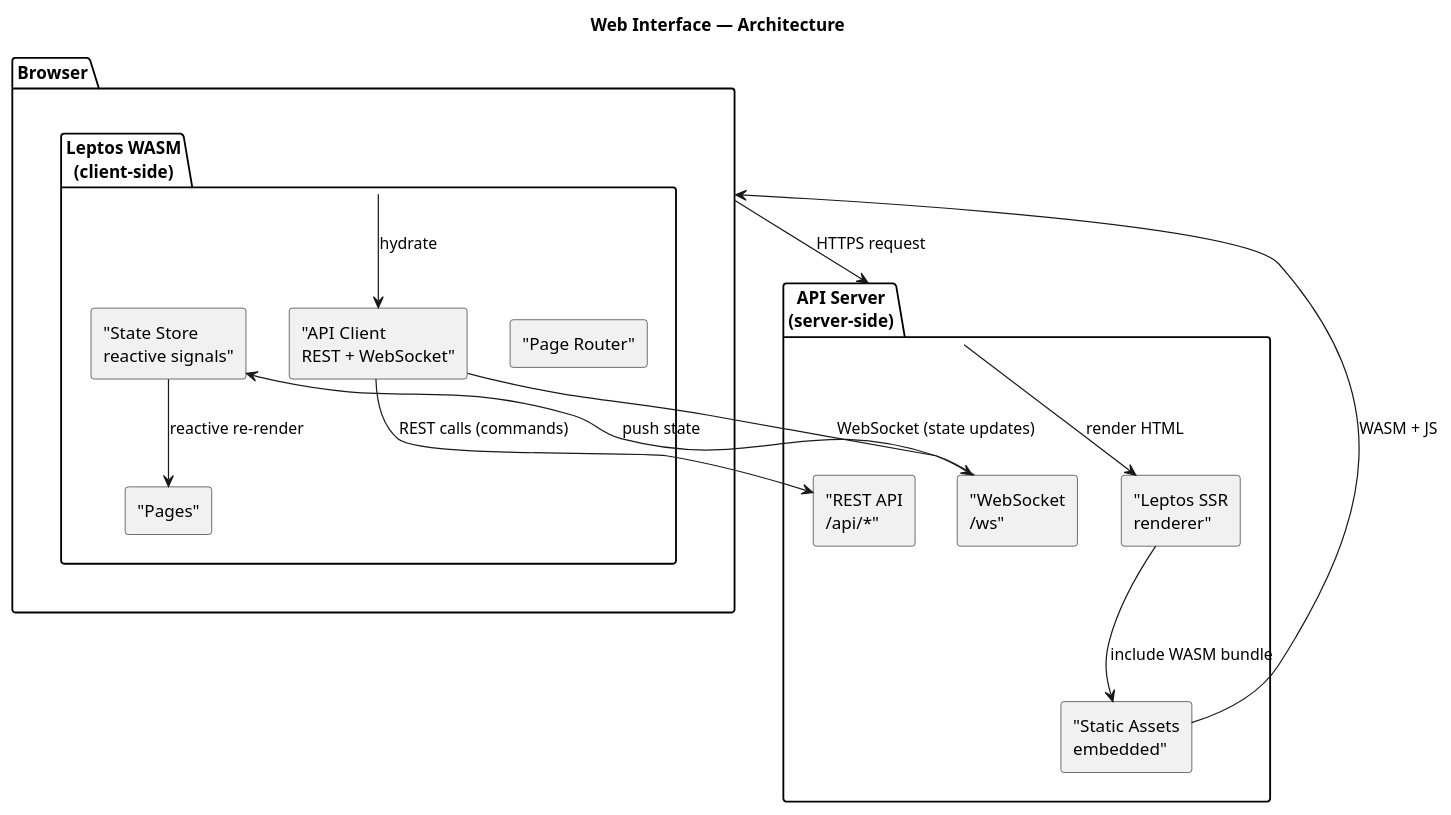
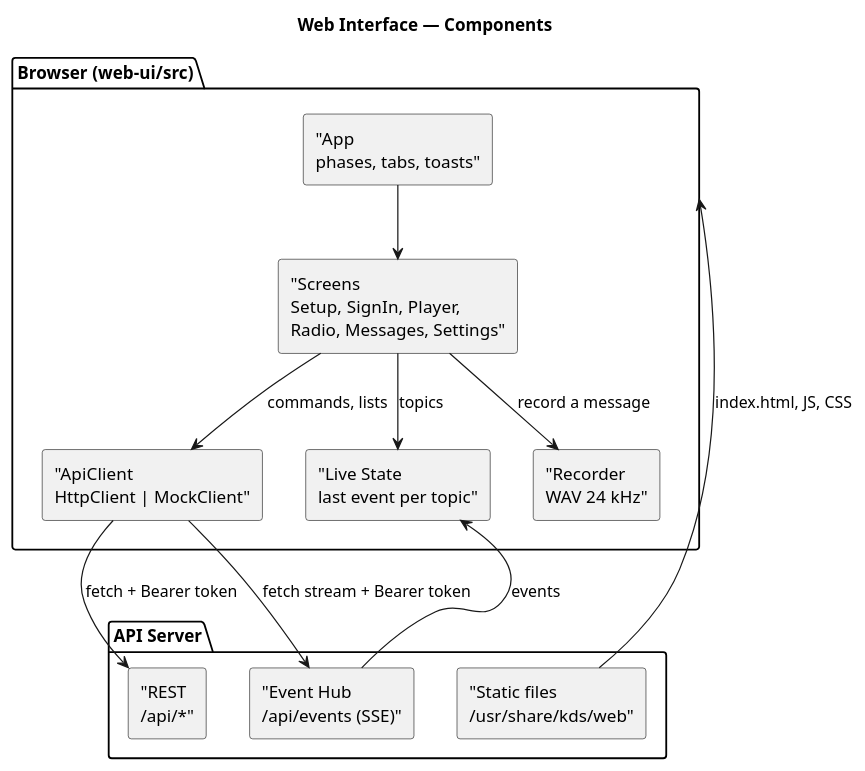
The diagram in docs/source/architecture/web-interface/solution-design.rst (LydByDissing/kids-desktop-speaker), drawn with PlantUML before and after one commit. The commit also changed other lines of this file and 35 other files, not shown here.

First line of the commit message:
feat: live updates over Server-Sent Events and the update reboot countdown (KDS-apx.7, KDS-u1v, DEC-046)

```diff
--- a/docs/source/architecture/web-interface/solution-design.rst
+++ b/docs/source/architecture/web-interface/solution-design.rst
@@ -35,37 +30,33 @@
 .. plantuml::
-   :caption: Web Interface — Architecture
+   :caption: Web Interface — Components
    :name: fig-webui-arch
 
    @startuml
    skinparam componentStyle rectangle
    skinparam backgroundColor white
 
-   title Web Interface — Architecture
+   title Web Interface — Components
 
-   package "Browser" as browser {
-       package "Leptos WASM\n(client-side)" as wasm {
-           component ["Page Router"] as router
-           component ["State Store\nreactive signals"] as store
-           component ["API Client\nREST + WebSocket"] as client
-           component ["Pages"] as pages
-       }
+   package "Browser (web-ui/src)" as browser {
+       component ["App\nphases, tabs, toasts"] as app
+       component ["Screens\nSetup, SignIn, Player,\nRadio, Messages, Settings"] as screens
+       component ["Live State\nlast event per topic"] as live
+       component ["ApiClient\nHttpClient | MockClient"] as client
+       component ["Recorder\nWAV 24 kHz"] as rec
    }
 
-   package "API Server\n(server-side)" as server {
-       component ["Leptos SSR\nrenderer"] as ssr
-       component ["Static Assets\nembedded"] as assets
-       component ["REST API\n/api/*"] as rest
-       component ["WebSocket\n/ws"] as ws
+   package "API Server" as server {
+       component ["REST\n/api/*"] as rest
+       component ["Event Hub\n/api/events (SSE)"] as hub
+       component ["Static files\n/usr/share/kds/web"] as files
    }
 
-   browser --> server : HTTPS request
-   server --> ssr : render HTML
-   ssr --> assets : include WASM bundle
-   assets --> browser : WASM + JS
-   wasm --> client : hydrate
-   client --> rest : REST calls (commands)
-   client --> ws : WebSocket (state updates)
-   ws --> store : push state
-   store --> pages : reactive re-render
-
-   @endl
+   files --> browser : index.html, JS, CSS
+   app --> screens
+   screens --> client : commands, lists
+   screens --> live : topics
+   client --> rest : fetch + Bearer token
+   client --> hub : fetch stream + Bearer token
+   hub --> live : events
+   screens --> rec : record a message
+   @enduml
```
